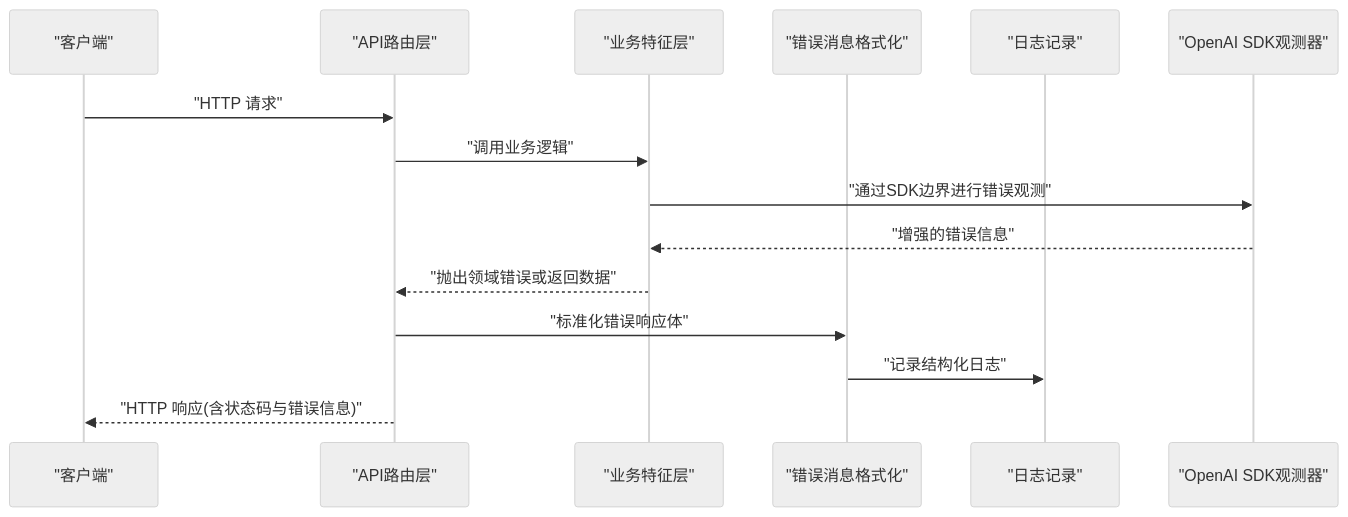
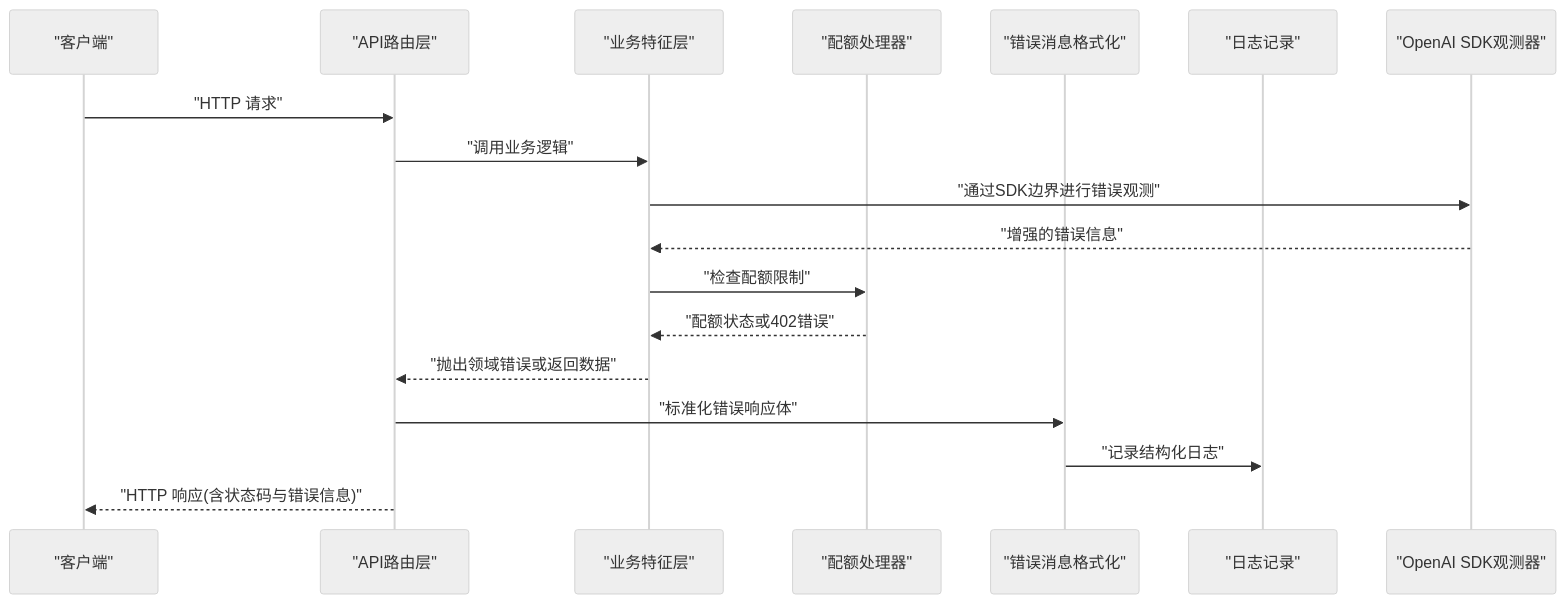
Before and after one commit to scottcwy/PurpleInk: the second of 3 diagrams in .qoder/repowiki/zh/content/API参考/错误处理.md, drawn with Mermaid (neutral theme). The commit also changed other lines of this file and 48 other files, not shown here.

````diff
--- a/.qoder/repowiki/zh/content/API参考/错误处理.md
+++ b/.qoder/repowiki/zh/content/API参考/错误处理.md
@@ -134,17 +143,20 @@
 ```mermaid
 sequenceDiagram
 participant C as "客户端"
 participant A as "API路由层"
 participant B as "业务特征层"
+participant Q as "配额处理器"
 participant E as "错误消息格式化"
 participant L as "日志记录"
 participant O as "OpenAI SDK观测器"
 C->>A : "HTTP 请求"
 A->>B : "调用业务逻辑"
 B->>O : "通过SDK边界进行错误观测"
 O-->>B : "增强的错误信息"
+B->>Q : "检查配额限制"
+Q-->>B : "配额状态或402错误"
 B-->>A : "抛出领域错误或返回数据"
 A->>E : "标准化错误响应体"
 E->>L : "记录结构化日志"
 A-->>C : "HTTP 响应(含状态码与错误信息)"
 ```
````
